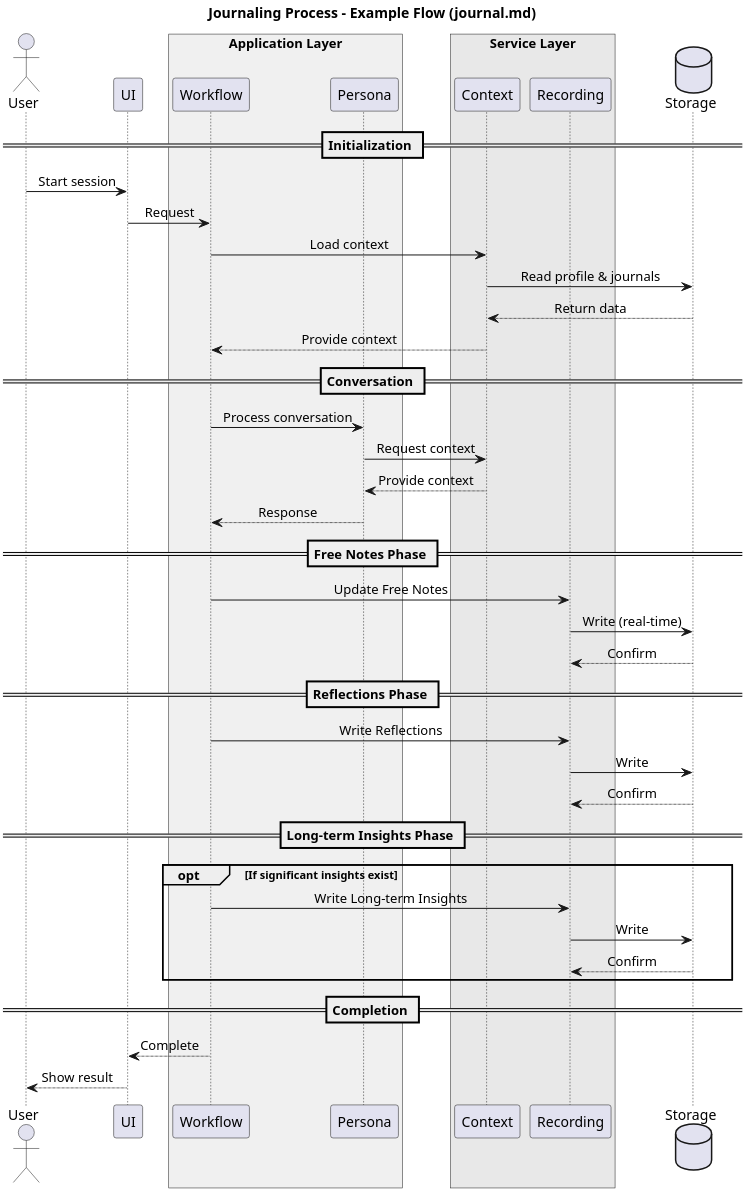
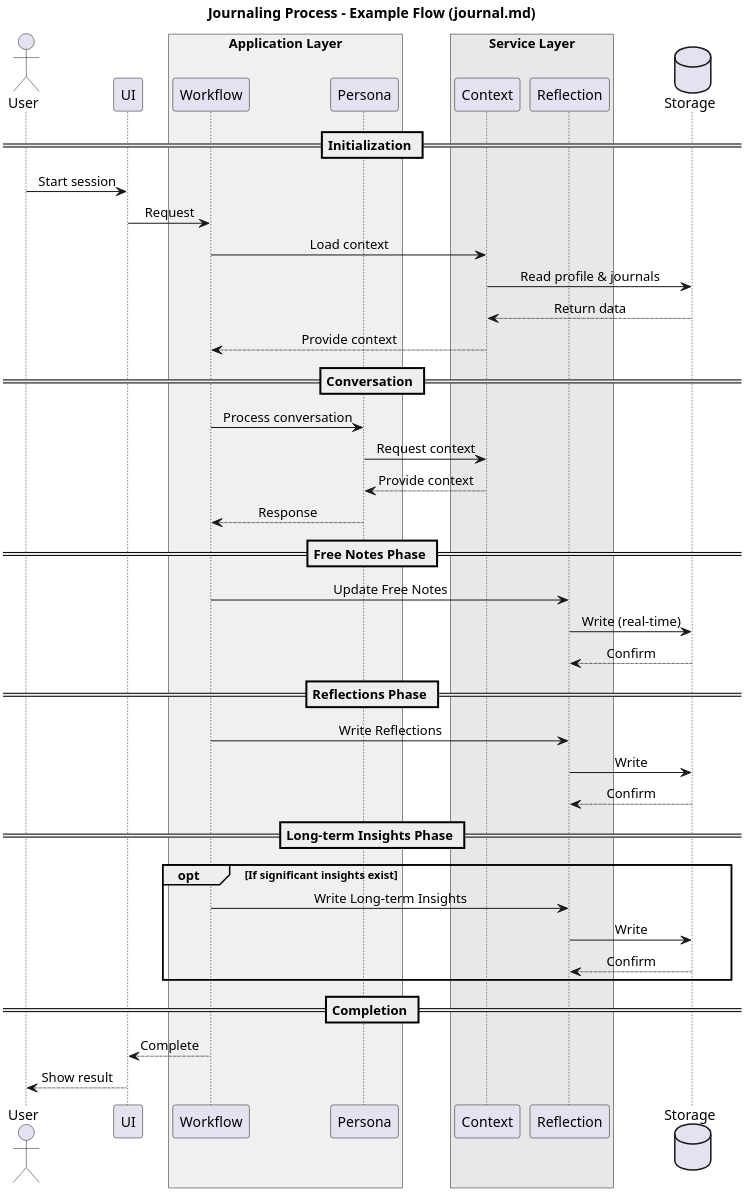
The diagram in docs/diagrams/src/sequence-diagram.wsd (hoetaek/reflective-conversational-journal), drawn with PlantUML before and after one commit. The commit also changed 3 other files, not shown here.

Commit message:
refactor: Update architecture diagrams for consistency and clarity in component naming; remove unused implementation and activity diagrams

```diff
--- a/docs/diagrams/src/sequence-diagram.wsd
+++ b/docs/diagrams/src/sequence-diagram.wsd
@@ -1,54 +1,54 @@
 @startuml sequence-diagram
 skinparam defaultTextAlignment center
 skinparam dpi 300
 
 title Journaling Process - Example Flow (journal.md)
 
 actor User
 participant "UI" as UI
 box "Application Layer" #F0F0F0
     participant "Workflow" as Workflow
     participant "Persona" as Persona
 end box
 box "Service Layer" #E8E8E8
     participant "Context" as Context
-    participant "Recording" as Recording
+    participant "Reflection" as Reflection
 end box
 database "Storage" as Storage
 
 == Initialization ==
 User -> UI : Start session
 UI -> Workflow : Request
 Workflow -> Context : Load context
 Context -> Storage : Read profile & journals
 Storage --> Context : Return data
 Context --> Workflow : Provide context
 
 == Conversation ==
 Workflow -> Persona : Process conversation
 Persona -> Context : Request context
 Context --> Persona : Provide context
 Persona --> Workflow : Response
 
 == Free Notes Phase ==
-Workflow -> Recording : Update Free Notes
-Recording -> Storage : Write (real-time)
-Storage --> Recording : Confirm
+Workflow -> Reflection : Update Free Notes
+Reflection -> Storage : Write (real-time)
+Storage --> Reflection : Confirm
 
 == Reflections Phase ==
-Workflow -> Recording : Write Reflections
-Recording -> Storage : Write
-Storage --> Recording : Confirm
+Workflow -> Reflection : Write Reflections
+Reflection -> Storage : Write
+Storage --> Reflection : Confirm
 
 == Long-term Insights Phase ==
 opt If significant insights exist
-    Workflow -> Recording : Write Long-term Insights
-    Recording -> Storage : Write
-    Storage --> Recording : Confirm
+    Workflow -> Reflection : Write Long-term Insights
+    Reflection -> Storage : Write
+    Storage --> Reflection : Confirm
 end
 
 == Completion ==
 Workflow --> UI : Complete
 UI --> User : Show result
 
 @enduml
```
